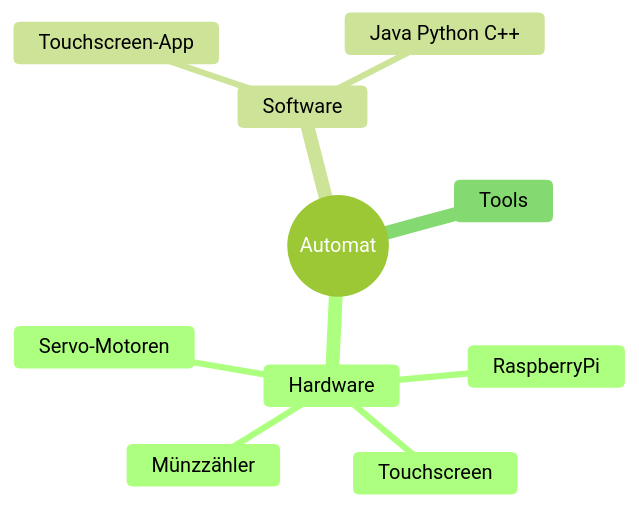
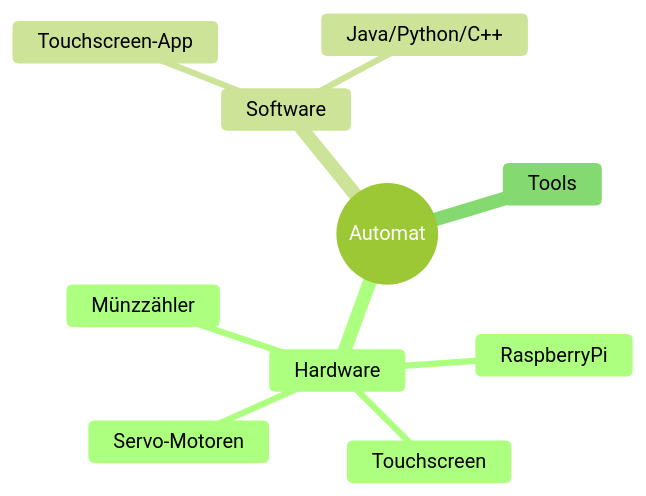
One commit to Darabrob/Projekt_Automat changed the diagram in README.md. Above: the diagram before and after it, drawn with Mermaid (forest theme).

````diff
--- a/README.md
+++ b/README.md
@@ -3,15 +3,15 @@
 ```mermaid
 mindmap
   root((Automat))
     Hardware
       RaspberryPi
       Touchscreen
       Münzzähler
       Servo-Motoren
     Software
       Touchscreen-App
-      Java Python C++
+      Java/Python/C++
       
     Tools
 
 ```
````
